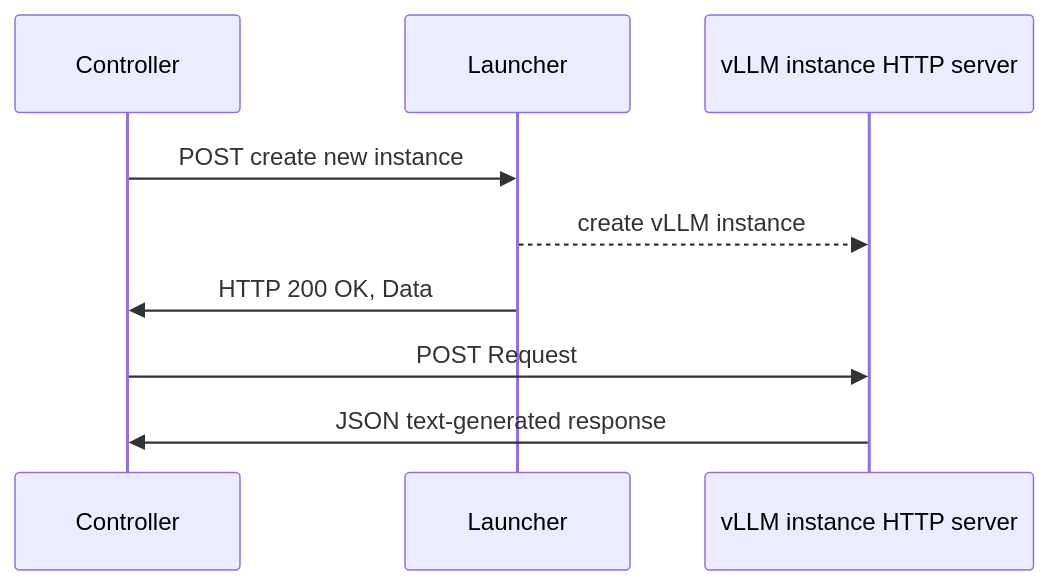
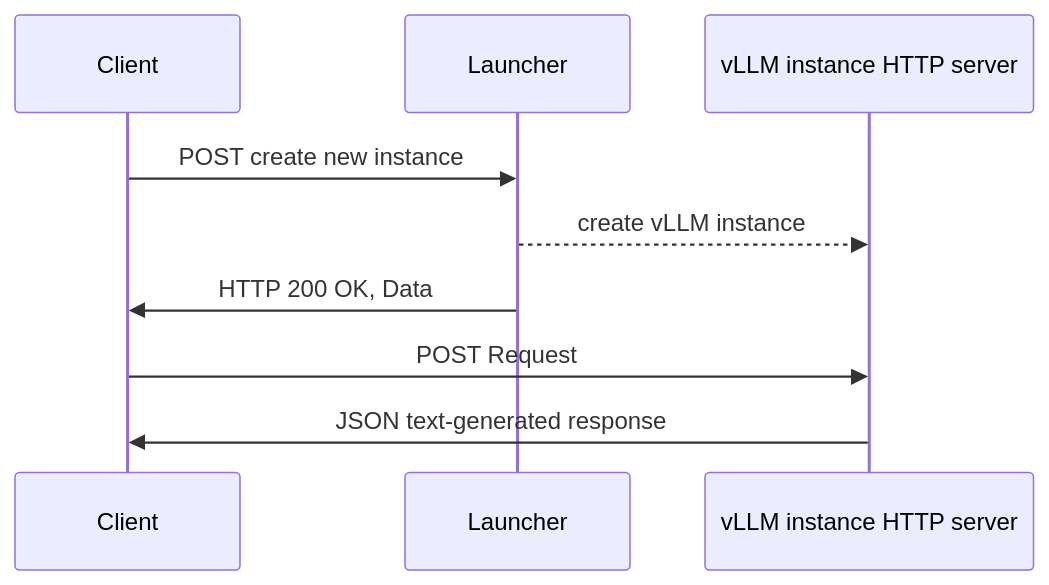
One commit to llm-d-incubation/llm-d-fast-model-actuation changed the first of 3 diagrams in docs/launcher.md. Above: the diagram before and after it, drawn with Mermaid. The commit also changed other lines of this file, not shown here.

````diff
--- a/docs/launcher.md
+++ b/docs/launcher.md
@@ -14,12 +14,12 @@
 ```mermaid
 sequenceDiagram
-    participant Controller
+    participant Client
     participant Launcher
     participant vLLM instance HTTP server
 
-    Controller->>Launcher: POST create new instance
+    Client->>Launcher: POST create new instance
     Launcher-->>vLLM instance HTTP server: create vLLM instance
-    Launcher->>Controller: HTTP 200 OK, Data
-    Controller->>vLLM instance HTTP server: POST Request
-    vLLM instance HTTP server->>Controller: JSON text-generated response
+    Launcher->>Client: HTTP 200 OK, Data
+    Client->>vLLM instance HTTP server: POST Request
+    vLLM instance HTTP server->>Client: JSON text-generated response
 ```
````
